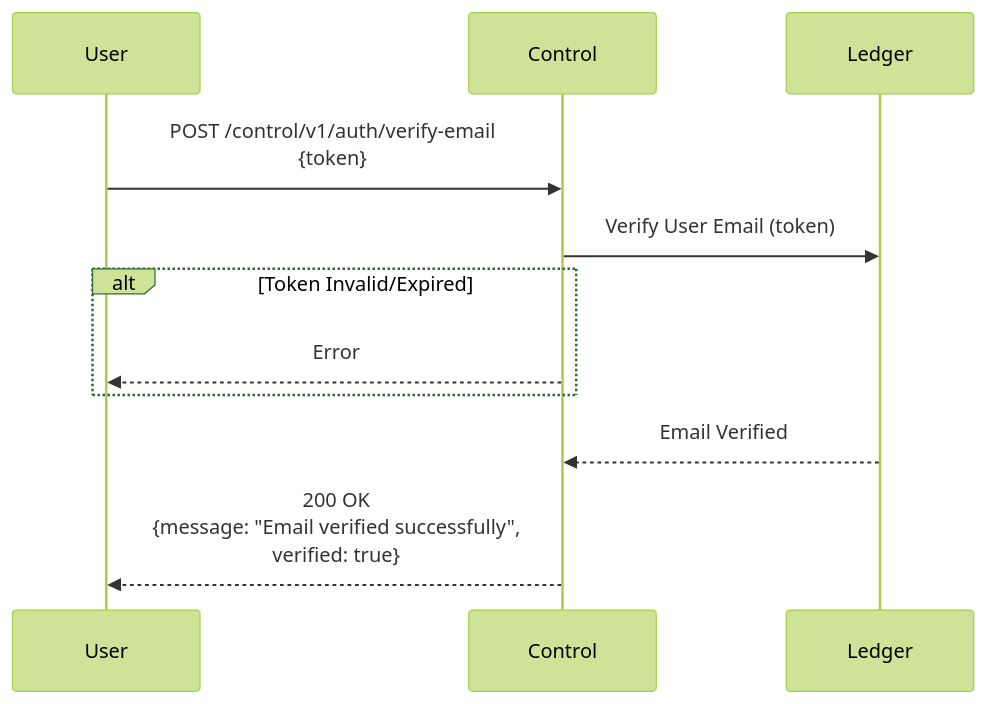
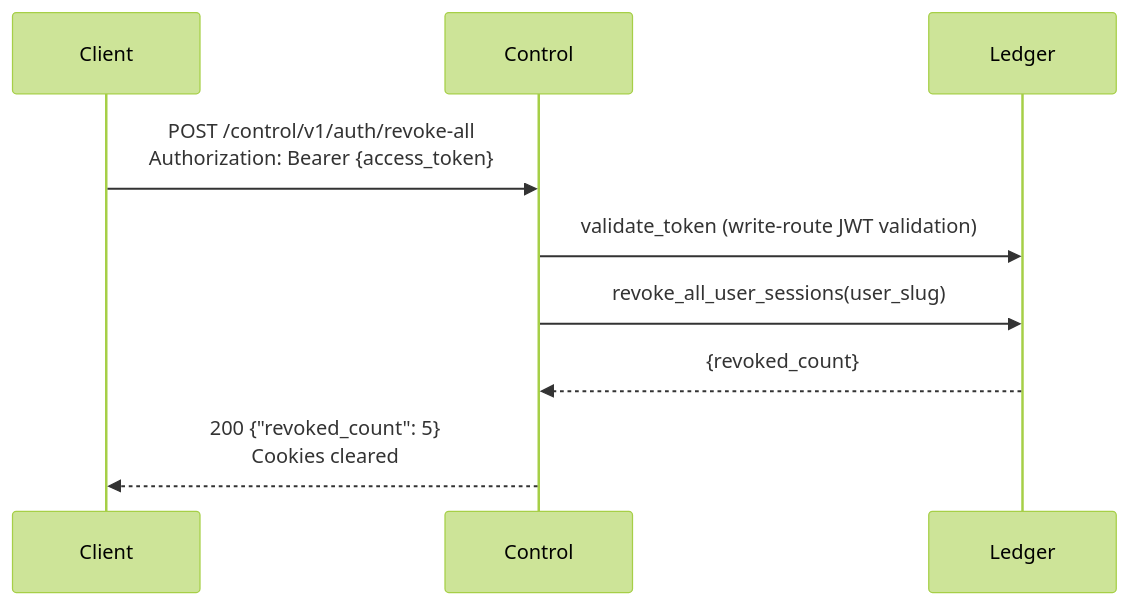
Before and after one commit to inferadb/control: diagram 11 of 14 in docs/flows.md, drawn with Mermaid (forest theme). The commit also changed other lines of this file and 14 other files, not shown here.

````diff
--- a/docs/flows.md
+++ b/docs/flows.md
@@ -227,18 +272,12 @@
 ```mermaid
 sequenceDiagram
-    participant User
-    participant API as Control
-    participant DB as Ledger
+    participant Client
+    participant Control
+    participant Ledger
 
-    User->>API: POST /control/v1/auth/verify-email<br/>{token}
-
-    API->>DB: Verify User Email (token)
-
-    alt Token Invalid/Expired
-        API-->>User: Error
-    end
-
-    DB-->>API: Email Verified
-
-    API-->>User: 200 OK<br/>{message: "Email verified successfully",<br/>verified: true}
+    Client->>Control: POST /control/v1/auth/revoke-all<br/>Authorization: Bearer {access_token}
+    Control->>Ledger: validate_token (write-route JWT validation)
+    Control->>Ledger: revoke_all_user_sessions(user_slug)
+    Ledger-->>Control: {revoked_count}
+    Control-->>Client: 200 {"revoked_count": 5}<br/>Cookies cleared
 ```
````
